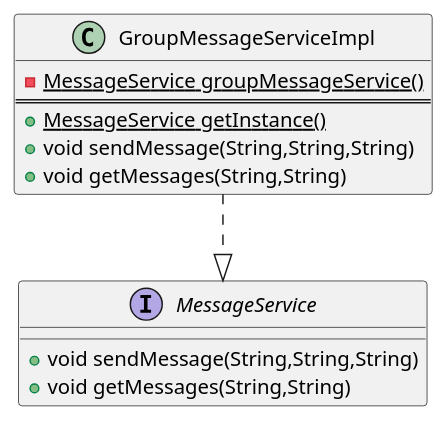
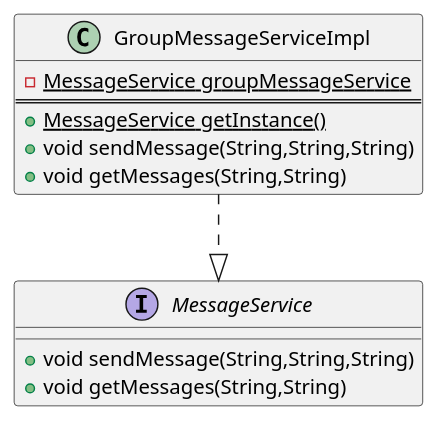
Before and after one commit to Guo-Chenxu/chatroom: the diagram in uml/ClientGroupMessageServiceClassUML.puml, drawn with PlantUML. The commit also changed 16 other files, not shown here.

Commit message:
fix: 完善部分类图 & 增加用户头像

```diff
--- a/uml/ClientGroupMessageServiceClassUML.puml
+++ b/uml/ClientGroupMessageServiceClassUML.puml
@@ -1,18 +1,18 @@
 @startuml
 'https://plantuml.com/class-diagram
 
 interface MessageService{
 +void sendMessage(String,String,String)
 +void getMessages(String,String)
 }
 
 class GroupMessageServiceImpl {
--{static} MessageService groupMessageService()
+-{static} MessageService groupMessageService
 ==
 +{static} MessageService getInstance()
 +void sendMessage(String,String,String)
 +void getMessages(String,String)
 }
 
 GroupMessageServiceImpl ..|> MessageService
 @enduml
```
